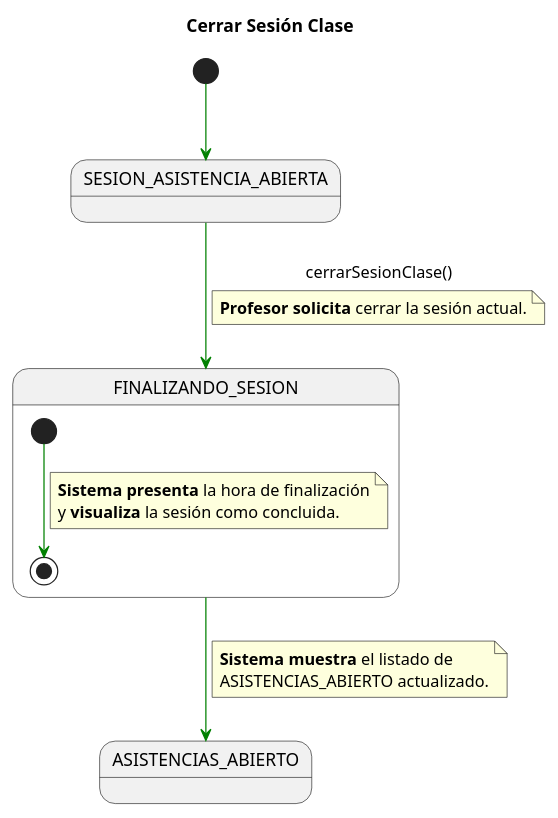
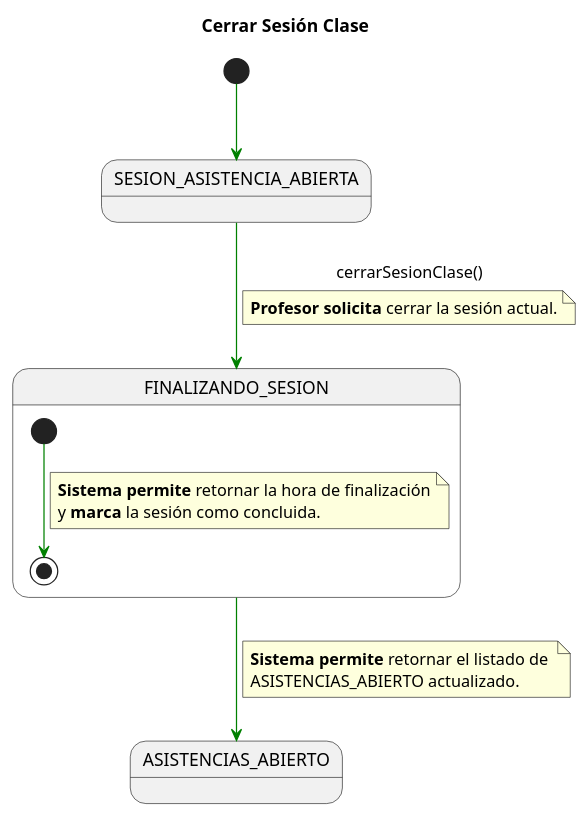
One commit to enmabry/25-26-IdSw1-SdR changed the diagram in documents/CasosDeUso/DetalladoCasosDeUso/Profesor/cerrarSesionClase.puml. Above: the diagram before and after it, drawn with PlantUML. The commit also changed 44 other files, not shown here.

```diff
--- a/documents/CasosDeUso/DetalladoCasosDeUso/Profesor/cerrarSesionClase.puml
+++ b/documents/CasosDeUso/DetalladoCasosDeUso/Profesor/cerrarSesionClase.puml
@@ -1,33 +1,33 @@
 @startuml
 title Cerrar Sesión Clase
 skinparam linetype polyline
 
 state SESION_ACTUAL_INICIAL as "SESION_ASISTENCIA_ABIERTA"
 state PROCESO_CIERRE_COMP   as "FINALIZANDO_SESION"
 state ASISTENCIAS_FINAL     as "ASISTENCIAS_ABIERTO"
 
 [*] -[#green]-> SESION_ACTUAL_INICIAL
 
 SESION_ACTUAL_INICIAL -[#green]-> PROCESO_CIERRE_COMP : cerrarSesionClase()
 note on link
 <b>Profesor solicita</b> cerrar la sesión actual.
 end note
 
 state PROCESO_CIERRE_COMP {
 
 
     [*] -[#green]-> [*]
     note on link
-    <b>Sistema presenta</b> la hora de finalización
-    y <b>visualiza</b> la sesión como concluida.
+    <b>Sistema permite</b> retornar la hora de finalización
+    y <b>marca</b> la sesión como concluida.
     end note
 
 }
 
 PROCESO_CIERRE_COMP -[#green]-> ASISTENCIAS_FINAL
 note on link
-<b>Sistema muestra</b> el listado de 
+<b>Sistema permite</b> retornar el listado de 
 ASISTENCIAS_ABIERTO actualizado.
 end note
 
 @enduml
```
